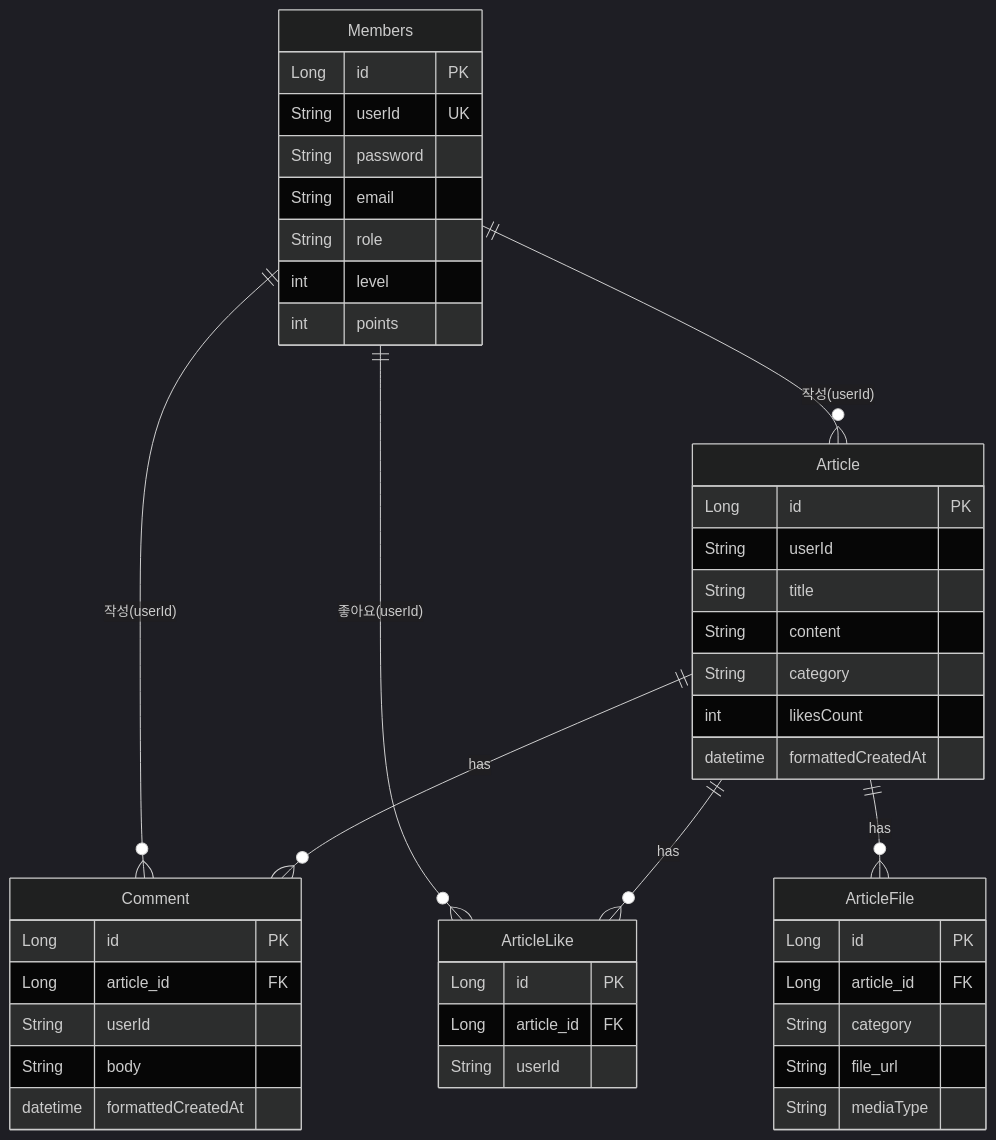
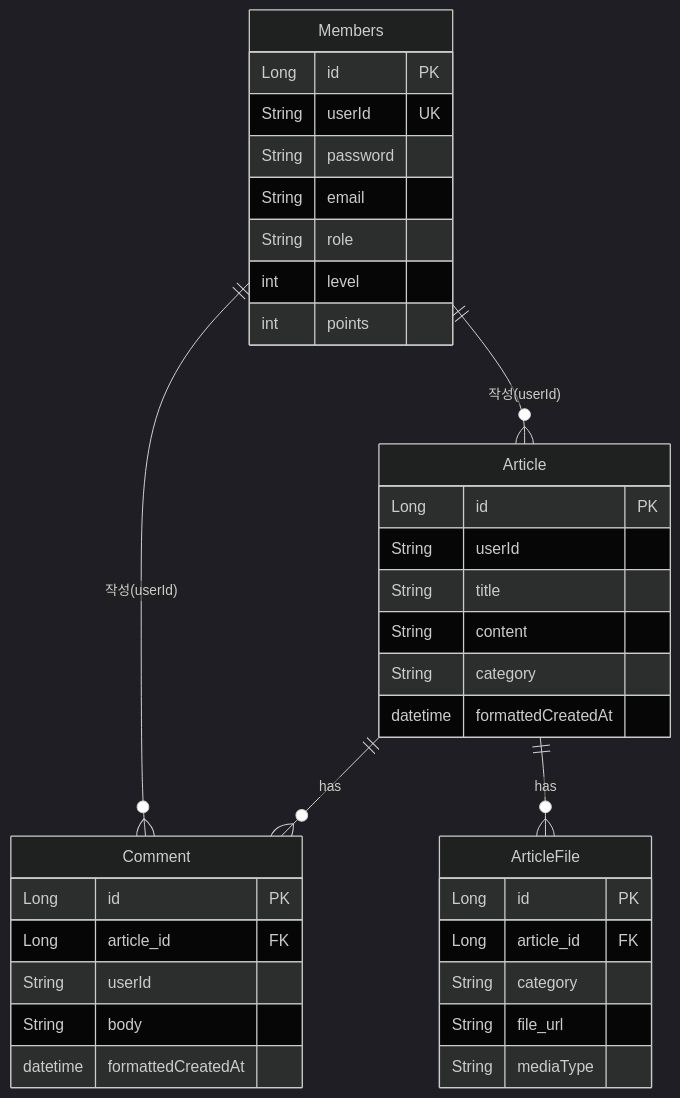
The seventh of 13 diagrams in docs/PROJECT_STRUCTURE.md (TriplesWeb/triplesweb), drawn with Mermaid (dark theme) before and after one commit. The commit also changed other lines of this file and 36 other files, not shown here.

````diff
--- a/docs/PROJECT_STRUCTURE.md
+++ b/docs/PROJECT_STRUCTURE.md
@@ -485,48 +481,40 @@
 ```mermaid
 erDiagram
   Members ||--o{ Article : "작성(userId)"
   Members ||--o{ Comment : "작성(userId)"
-  Members ||--o{ ArticleLike : "좋아요(userId)"
 
   Article ||--o{ Comment : has
-  Article ||--o{ ArticleLike : has
   Article ||--o{ ArticleFile : has
 
   Article {
     Long id PK
     String userId
     String title
     String content
     String category
-    int likesCount
     datetime formattedCreatedAt
   }
   Comment {
     Long id PK
     Long article_id FK
     String userId
     String body
     datetime formattedCreatedAt
-  }
-  ArticleLike {
-    Long id PK
-    Long article_id FK
-    String userId
   }
   ArticleFile {
     Long id PK
     Long article_id FK
     String category
     String file_url
     String mediaType
   }
   Members {
     Long id PK
     String userId UK
     String password
     String email
     String role
     int level
     int points
   }
 ```
````
